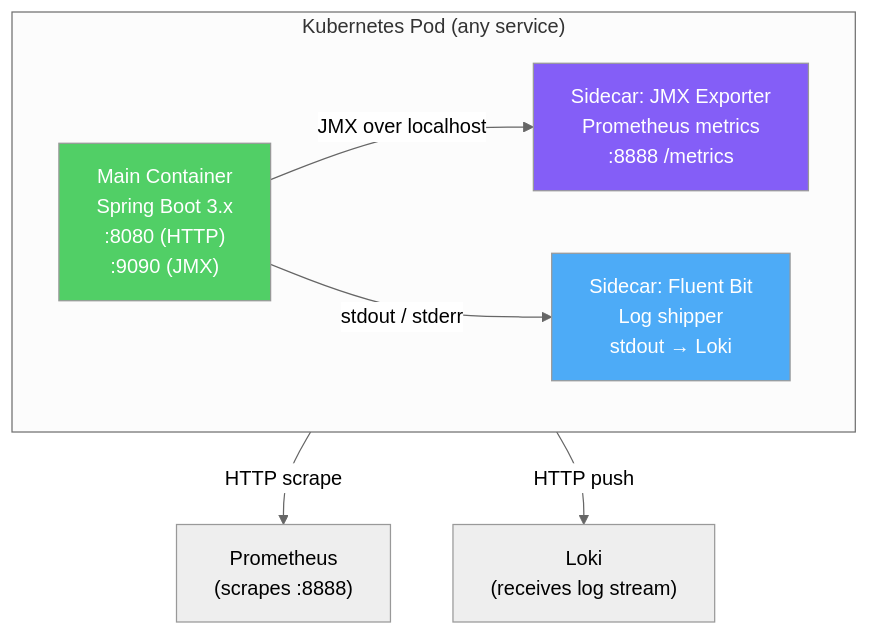
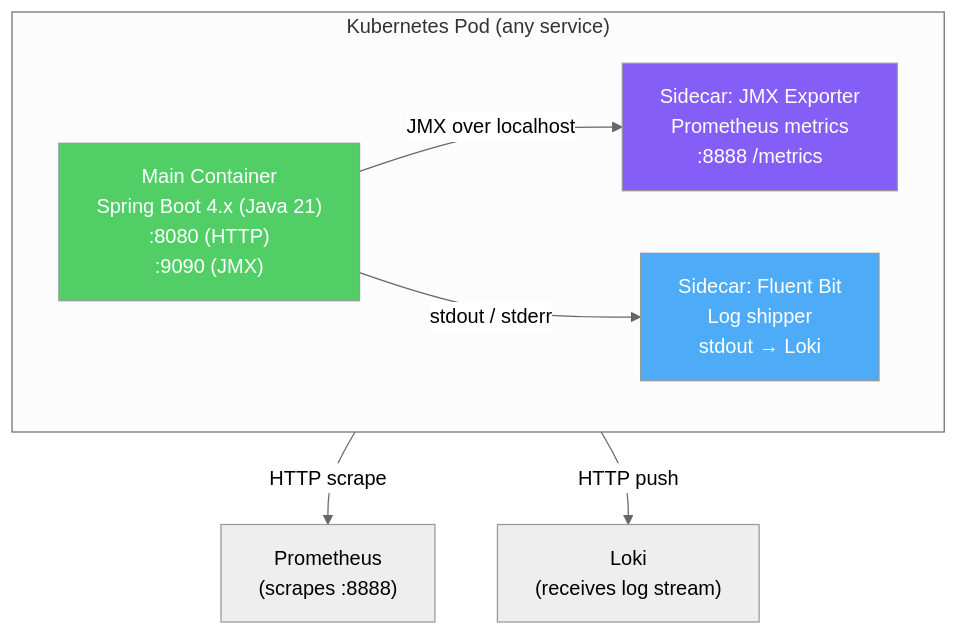
The sixth of 13 diagrams in architecture of all.md (makeitfine-org/reporting), drawn with Mermaid (neutral theme) before and after one commit. The commit also changed other lines of this file and 1 other file, not shown here.

````diff
--- a/architecture of all.md
+++ b/architecture of all.md
@@ -537,21 +537,21 @@
 ```mermaid
 graph TB
     subgraph Pod["Kubernetes Pod (any service)"]
         direction LR
-        App["Main Container\nSpring Boot 3.x\n:8080 (HTTP)\n:9090 (JMX)"]
+        App["Main Container\nSpring Boot 4.x (Java 21)\n:8080 (HTTP)\n:9090 (JMX)"]
         JMX["Sidecar: JMX Exporter\nPrometheus metrics\n:8888 /metrics"]
         Fluent["Sidecar: Fluent Bit\nLog shipper\nstdout → Loki"]
     end
 
     Prom["Prometheus\n(scrapes :8888)"]
     Loki["Loki\n(receives log stream)"]
 
     App -->|"JMX over localhost"| JMX
     App -->|"stdout / stderr"| Fluent
     JMX -->|"HTTP scrape"| Prom
     Fluent -->|"HTTP push"| Loki
 
     style App fill:#51cf66,color:#fff
     style JMX fill:#845ef7,color:#fff
     style Fluent fill:#4dabf7,color:#fff
 ```
````
